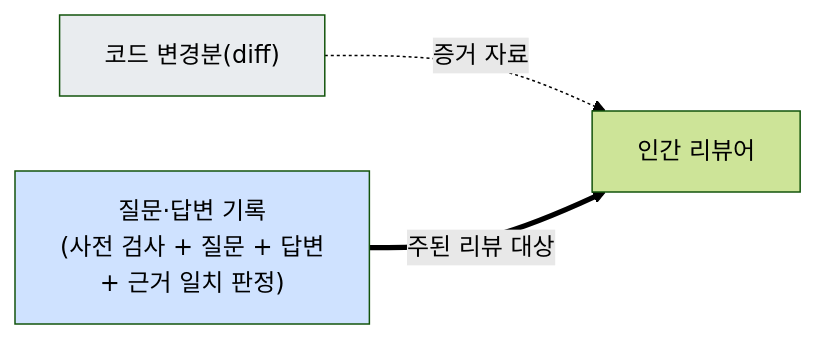
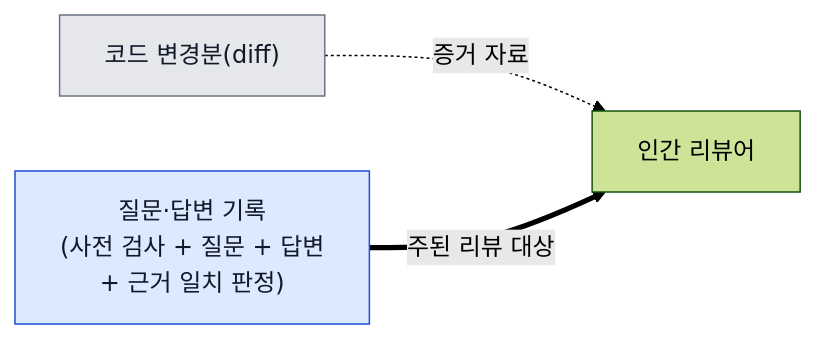
The ninth of 12 diagrams in docs/09-검증-레이어-동작원리.md (Jimmy-Jung/ai-symbiote), drawn with Mermaid (forest theme) before and after one commit. The commit also changed other lines of this file and 10 other files, not shown here.

Commit message:
docs(mermaid): 다이어그램 대비 색상 개선

````diff
--- a/docs/09-검증-레이어-동작원리.md
+++ b/docs/09-검증-레이어-동작원리.md
@@ -290,8 +290,8 @@
 ```mermaid
 flowchart LR
     A["코드 변경분(diff)"] -.증거 자료.-> C
     B["질문·답변 기록<br/>(사전 검사 + 질문 + 답변<br/>+ 근거 일치 판정)"] ==주된 리뷰 대상==> C["인간 리뷰어"]
 
-    style B fill:#cfe2ff
-    style A fill:#e9ecef
+    style B fill:#dbeafe,stroke:#1d4ed8,color:#111827
+    style A fill:#e5e7eb,stroke:#6b7280,color:#111827
 ```
````
